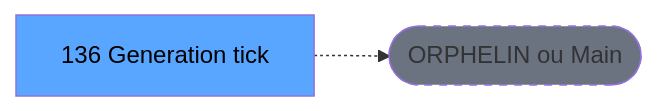
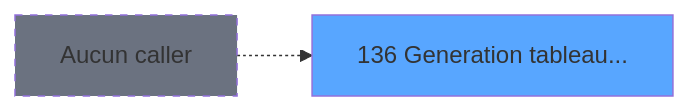
The second of 3 diagrams in .openspec/specs/ADH-IDE-136.md (thonyAGP/magic-migration), drawn with Mermaid before and after one commit. The commit also changed other lines of this file and 311 other files, not shown here.

````diff
--- a/.openspec/specs/ADH-IDE-136.md
+++ b/.openspec/specs/ADH-IDE-136.md
@@ -123,8 +288,8 @@
 ```mermaid
 graph LR
-    T[136 Generation tick]
-    ORPHAN([ORPHELIN ou Main])
-    T -.-> ORPHAN
-    style T fill:#58a6ff,color:#000
-    style ORPHAN fill:#6b7280,stroke-dasharray: 5 5
+    T136[136 Generation tableau...]
+    style T136 fill:#58a6ff
+    NONE[Aucun caller]
+    NONE -.-> T136
+    style NONE fill:#6b7280,stroke-dasharray: 5 5
 ```
````
